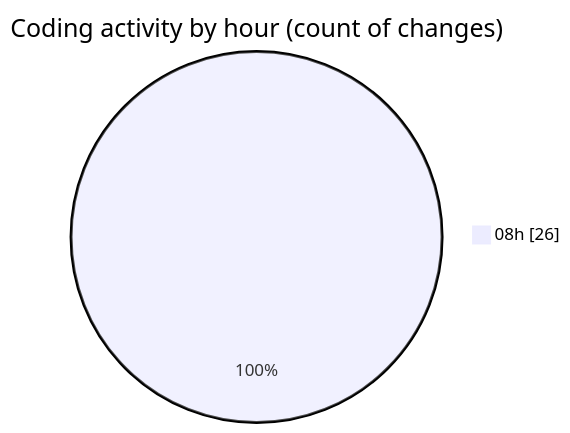
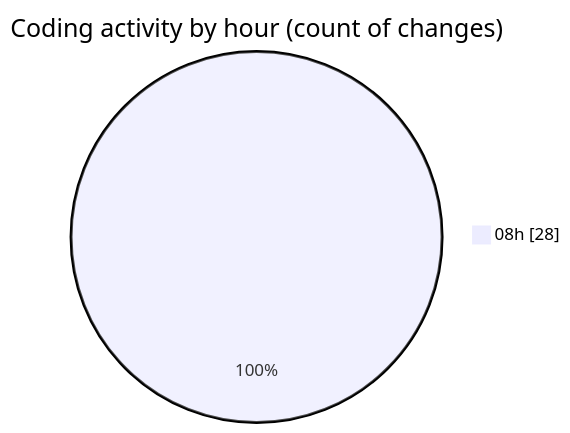
The second of 2 diagrams in 2025-05-16/ecodeli-1/README.md (CELIANVF/code-tracking), drawn with Mermaid before and after one commit. The commit also changed other lines of this file and 1 other file, not shown here.

````diff
--- a/2025-05-16/ecodeli-1/README.md
+++ b/2025-05-16/ecodeli-1/README.md
@@ -41,5 +42,5 @@
 ```mermaid
 pie showData
 title Coding activity by hour (count of changes)
-"08h" : 26
+"08h" : 28
 ```
````
